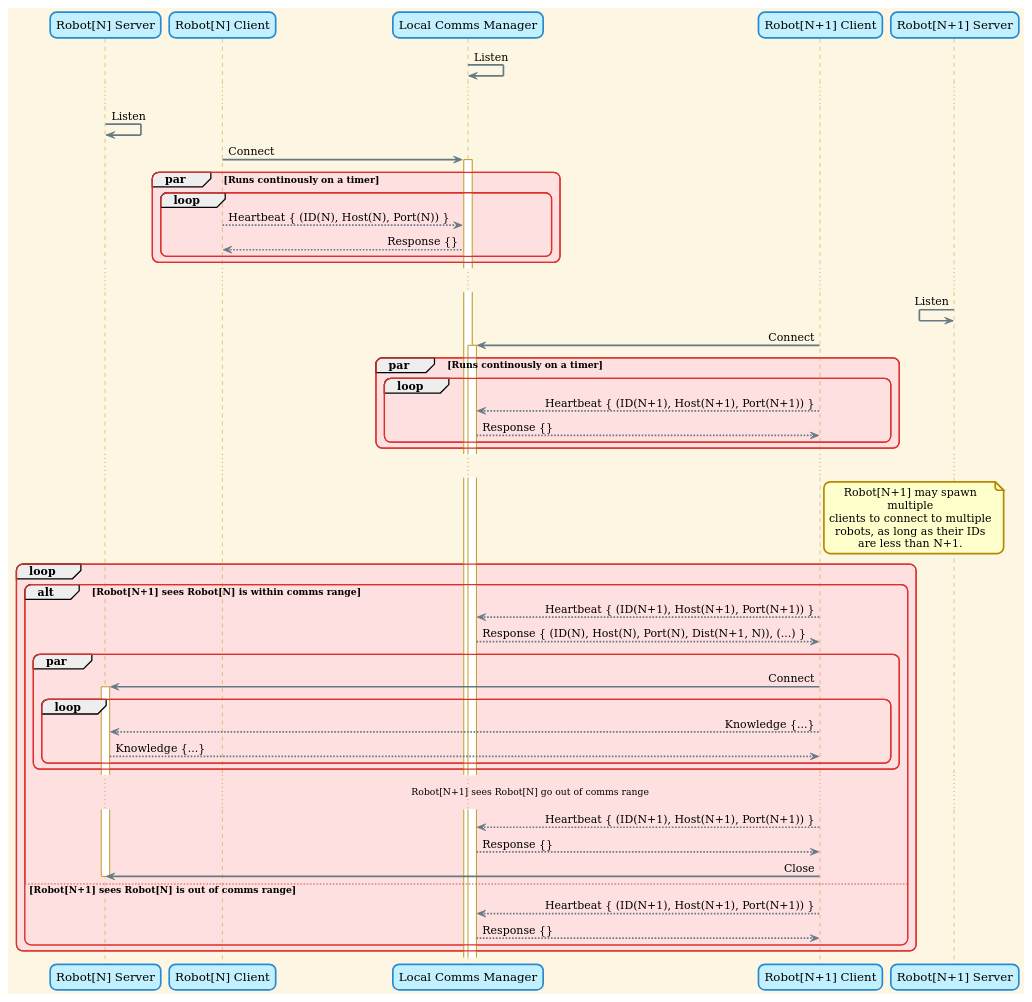
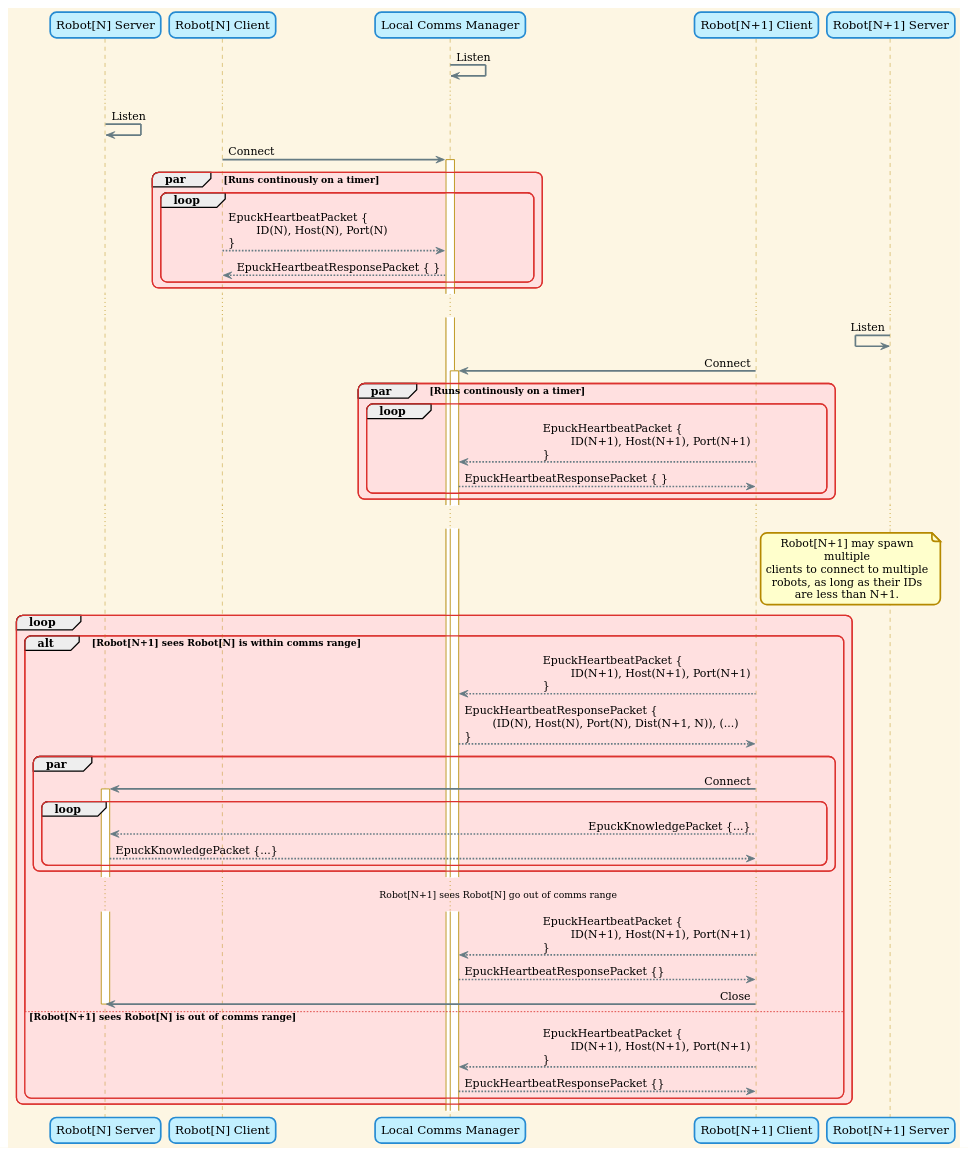
The diagram in ros_gz_lazy_agent_sim_applications/agent_local_comms_server/doc/comms_sequence.puml (eshjordan/lazy_agent_sim), drawn with PlantUML before and after one commit.

Commit message:
Refactored comms_sequence.puml to use packet struct names

```diff
--- a/ros_gz_lazy_agent_sim_applications/agent_local_comms_server/doc/comms_sequence.puml
+++ b/ros_gz_lazy_agent_sim_applications/agent_local_comms_server/doc/comms_sequence.puml
@@ -1,73 +1,73 @@
 @startuml
 
 !theme sunlust
 
 participant "Robot[N] Server"
 participant "Robot[N] Client"
 participant "Local Comms Manager"
 participant "Robot[N+1] Client"
 participant "Robot[N+1] Server"
 
 "Local Comms Manager" -> "Local Comms Manager" : Listen
 
 ...
 
 "Robot[N] Server" -> "Robot[N] Server" : Listen
 "Robot[N] Client" -> "Local Comms Manager" : Connect
 activate "Local Comms Manager"
 
 par Runs continously on a timer
 loop
-"Robot[N] Client" --> "Local Comms Manager": Heartbeat { (ID(N), Host(N), Port(N)) }
-"Local Comms Manager" --> "Robot[N] Client": Response {}
+"Robot[N] Client" --> "Local Comms Manager": EpuckHeartbeatPacket {\n\tID(N), Host(N), Port(N)\n}
+"Local Comms Manager" --> "Robot[N] Client": EpuckHeartbeatResponsePacket { }
 end
 end
 
 ...
 
 "Robot[N+1] Server" <- "Robot[N+1] Server" : Listen
 "Robot[N+1] Client" -> "Local Comms Manager" : Connect
 activate "Local Comms Manager"
 
 par Runs continously on a timer
 loop
-"Robot[N+1] Client" --> "Local Comms Manager": Heartbeat { (ID(N+1), Host(N+1), Port(N+1)) }
-"Local Comms Manager" --> "Robot[N+1] Client": Response {}
+"Robot[N+1] Client" --> "Local Comms Manager": EpuckHeartbeatPacket {\n\tID(N+1), Host(N+1), Port(N+1)\n}
+"Local Comms Manager" --> "Robot[N+1] Client": EpuckHeartbeatResponsePacket { }
 end
 end
 
 ...
 
 note right of "Robot[N+1] Client"
 Robot[N+1] may spawn multiple
 clients to connect to multiple
 robots, as long as their IDs
 are less than N+1.
 end note
 
 loop
 alt Robot[N+1] sees Robot[N] is within comms range
-"Robot[N+1] Client" --> "Local Comms Manager": Heartbeat { (ID(N+1), Host(N+1), Port(N+1)) }
-"Local Comms Manager" --> "Robot[N+1] Client": Response { (ID(N), Host(N), Port(N), Dist(N+1, N)), (...) }
+"Robot[N+1] Client" --> "Local Comms Manager": EpuckHeartbeatPacket {\n\tID(N+1), Host(N+1), Port(N+1)\n}
+"Local Comms Manager" --> "Robot[N+1] Client": EpuckHeartbeatResponsePacket {\n\t(ID(N), Host(N), Port(N), Dist(N+1, N)), (...) \n}
 par
 "Robot[N+1] Client" -> "Robot[N] Server": Connect
 activate "Robot[N] Server"
 loop
-"Robot[N+1] Client" --> "Robot[N] Server": Knowledge {...}
-"Robot[N] Server" --> "Robot[N+1] Client": Knowledge {...}
+"Robot[N+1] Client" --> "Robot[N] Server": EpuckKnowledgePacket {...}
+"Robot[N] Server" --> "Robot[N+1] Client": EpuckKnowledgePacket {...}
 end
 end
 ...Robot[N+1] sees Robot[N] go out of comms range...
 
-"Robot[N+1] Client" --> "Local Comms Manager": Heartbeat { (ID(N+1), Host(N+1), Port(N+1)) }
-"Local Comms Manager" --> "Robot[N+1] Client": Response {}
+"Robot[N+1] Client" --> "Local Comms Manager": EpuckHeartbeatPacket {\n\tID(N+1), Host(N+1), Port(N+1)\n}
+"Local Comms Manager" --> "Robot[N+1] Client": EpuckHeartbeatResponsePacket {}
 "Robot[N+1] Client" -> "Robot[N] Server": Close
 deactivate "Robot[N] Server"
 
 else Robot[N+1] sees Robot[N] is out of comms range
-"Robot[N+1] Client" --> "Local Comms Manager": Heartbeat { (ID(N+1), Host(N+1), Port(N+1)) }
-"Local Comms Manager" --> "Robot[N+1] Client": Response {}
+"Robot[N+1] Client" --> "Local Comms Manager": EpuckHeartbeatPacket {\n\tID(N+1), Host(N+1), Port(N+1)\n}
+"Local Comms Manager" --> "Robot[N+1] Client": EpuckHeartbeatResponsePacket {}
 end
 end
 
 @enduml
```
